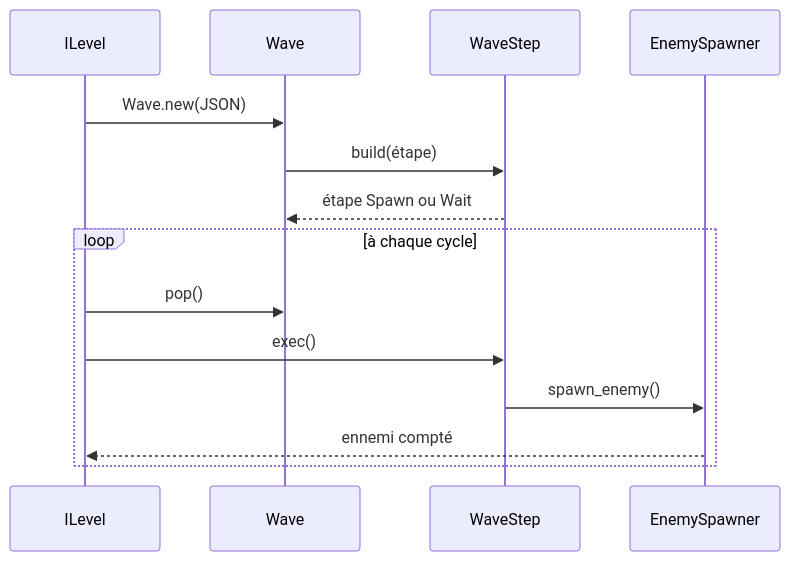
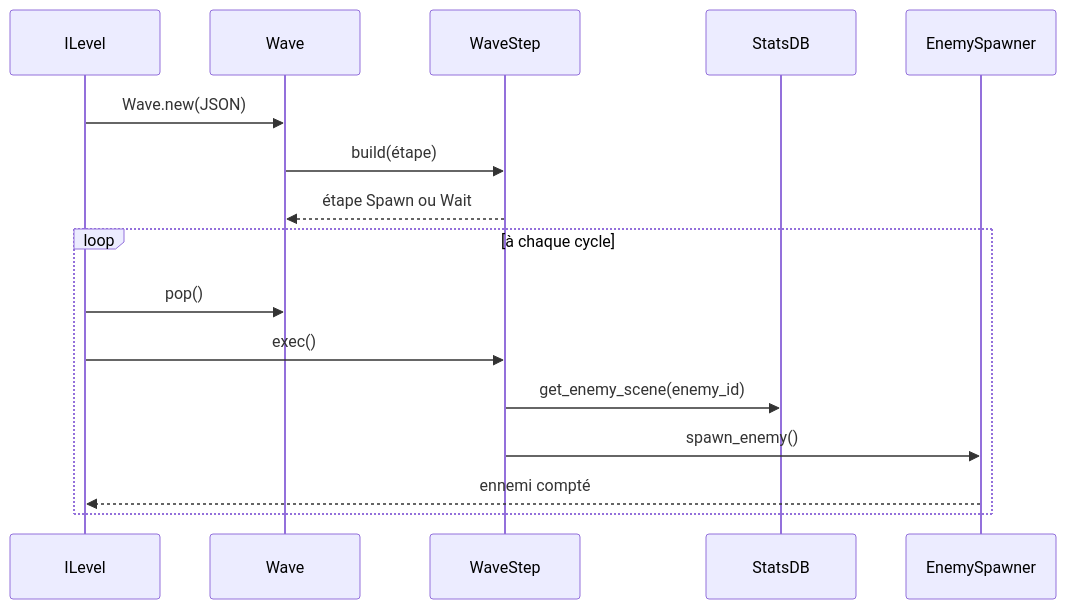
One commit to Cat-aclsym/documentation changed the first of 2 diagrams in src/content/docs/development/models/wave-model.mdx. Above: the diagram before and after it, drawn with Mermaid. The commit also changed other lines of this file and 10 other files, not shown here.

Commit message:
docs(models): Update the stats, enemy, tower, trap, projectile, wave, level, challenge, progression, armory and state machine models.

````diff
--- a/src/content/docs/development/models/wave-model.mdx
+++ b/src/content/docs/development/models/wave-model.mdx
@@ -15,17 +15,19 @@
 ```mermaid
 sequenceDiagram
 	participant L as ILevel
 	participant W as Wave
 	participant S as WaveStep
+	participant D as StatsDB
 	participant E as EnemySpawner
 
 	L->>W: Wave.new(JSON)
 	W->>S: build(étape)
 	S-->>W: étape Spawn ou Wait
 	loop à chaque cycle
 		L->>W: pop()
 		L->>S: exec()
+		S->>D: get_enemy_scene(enemy_id)
 		S->>E: spawn_enemy()
 		E-->>L: ennemi compté
 	end
 ```
````
